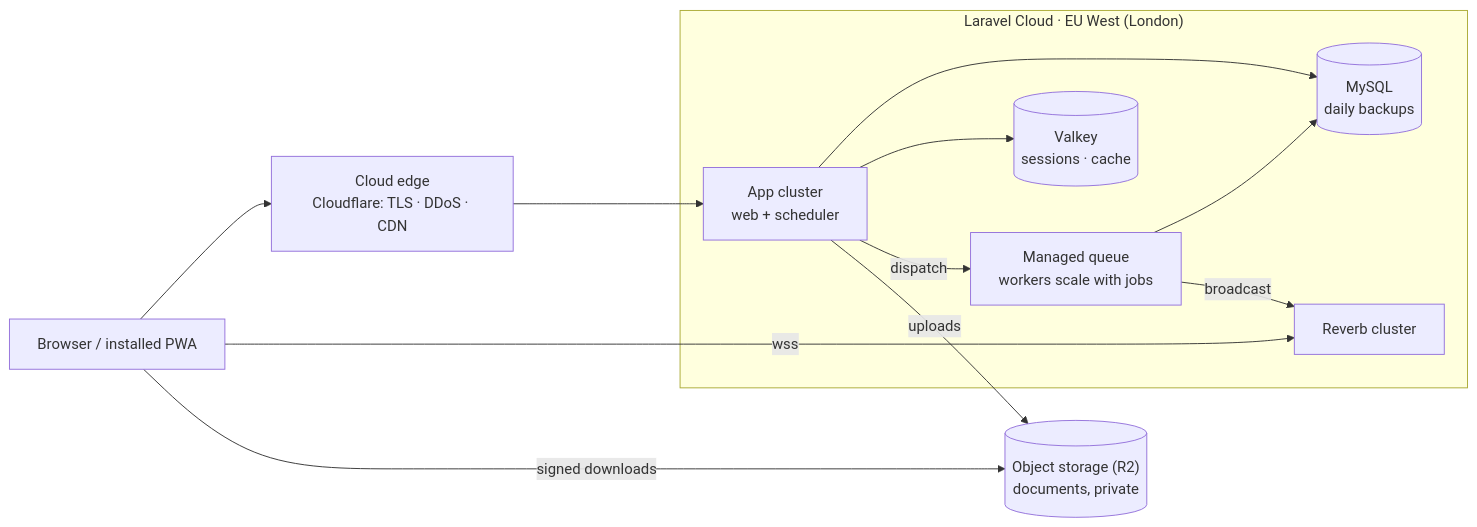
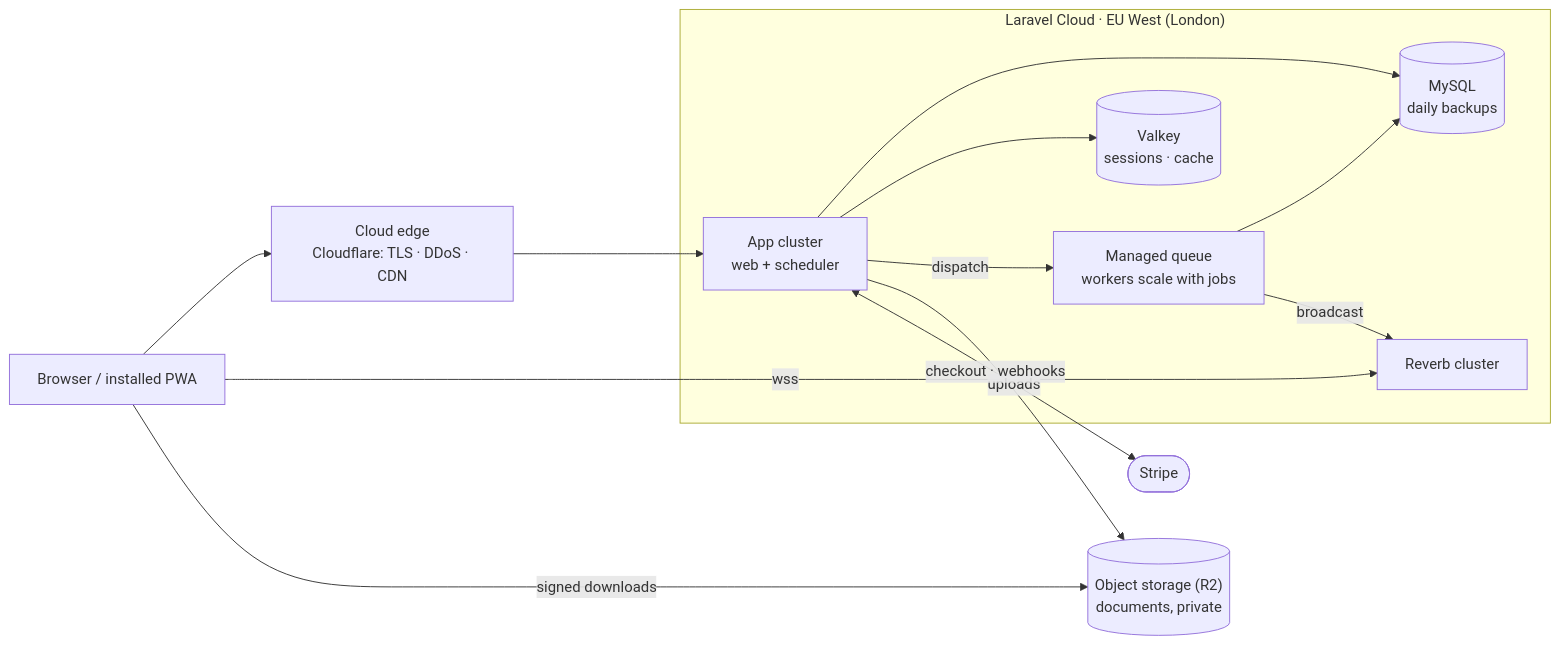
Before and after one commit to owensanders/ryh: the third of 3 diagrams in README.md, drawn with Mermaid. The commit also changed other lines of this file, not shown here.

First line of the commit message:
Bring the README's architecture up to date, and keep it short

````diff
--- a/README.md
+++ b/README.md
@@ -214,23 +252,25 @@
 ```mermaid
 flowchart LR
     browser["Browser / installed PWA"]
     edge["Cloud edge<br/>Cloudflare: TLS · DDoS · CDN"]
     subgraph cloud["Laravel Cloud · EU West (London)"]
         app["App cluster<br/>web + scheduler"]
         queue["Managed queue<br/>workers scale with jobs"]
         mysql[("MySQL<br/>daily backups")]
         valkey[("Valkey<br/>sessions · cache")]
         reverb["Reverb cluster"]
     end
     r2[("Object storage (R2)<br/>documents, private")]
+    stripe(["Stripe"])
 
     browser --> edge --> app
     browser -->|"wss"| reverb
     browser -->|"signed downloads"| r2
     app --> mysql
     app --> valkey
     app -->|"dispatch"| queue
     queue --> mysql
     queue -->|"broadcast"| reverb
     app -->|"uploads"| r2
+    app <-->|"checkout · webhooks"| stripe
 ```
````
